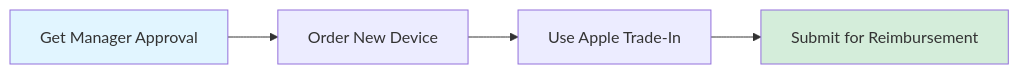
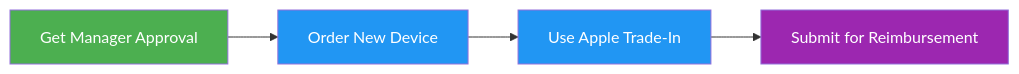
Before and after one commit to ultralytics/handbook: the first of 2 diagrams in docs/en/faq/index.md, drawn with Mermaid. The commit also changed other lines of this file and 16 other files, not shown here.

Commit message:
Standardize Mermaid diagram colors (#302)

````diff
--- a/docs/en/faq/index.md
+++ b/docs/en/faq/index.md
@@ -181,9 +181,10 @@
     ```mermaid
     graph LR
-        A[Get Manager Approval] --> B[Order New Device]
-        B --> C[Use Apple Trade-In]
-        C --> D[Submit for Reimbursement]
+        A[Get Manager Approval]:::start --> B[Order New Device]:::proc
+        B --> C[Use Apple Trade-In]:::proc
+        C --> D[Submit for Reimbursement]:::out
 
-        style A fill:#e1f5ff
-        style D fill:#d4edda
+        classDef start fill:#4CAF50,color:#fff
+        classDef proc fill:#2196F3,color:#fff
+        classDef out fill:#9C27B0,color:#fff
     ```
````
